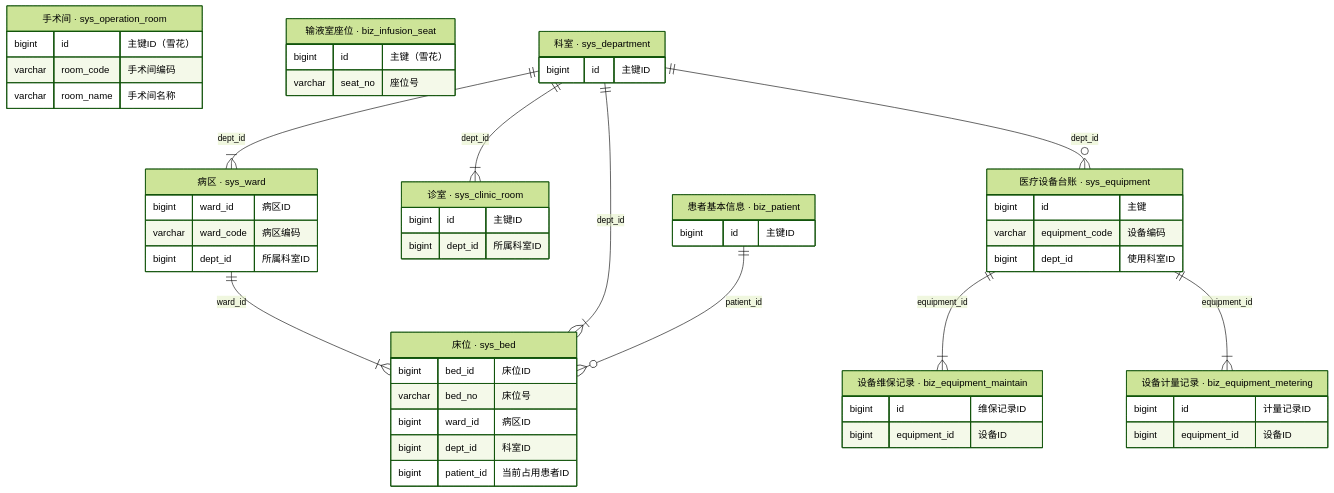
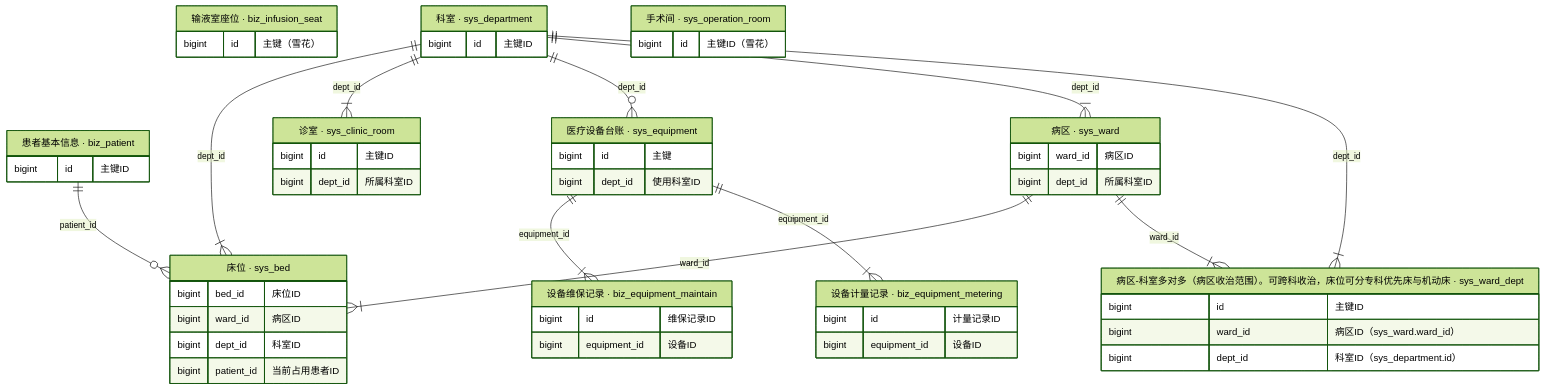
One commit to cslaochai/cslkhis changed the third of 24 diagrams in docs/10-ER关系图/er-by-domain.md. Above: the diagram before and after it, drawn with Mermaid (forest theme). The commit also changed other lines of this file and 185 other files, not shown here.

````diff
--- a/docs/10-ER关系图/er-by-domain.md
+++ b/docs/10-ER关系图/er-by-domain.md
@@ -163,55 +171,56 @@
 ```mermaid
 erDiagram
-  sys_ward["病区 · sys_ward"] {
-    bigint ward_id "病区ID"
-    varchar ward_code "病区编码"
-    bigint dept_id "所属科室ID"
-  }
-  sys_bed["床位 · sys_bed"] {
-    bigint bed_id "床位ID"
-    varchar bed_no "床位号"
-    bigint ward_id "病区ID"
-    bigint dept_id "科室ID"
-    bigint patient_id "当前占用患者ID"
-  }
-  sys_clinic_room["诊室 · sys_clinic_room"] {
-    bigint id "主键ID"
-    bigint dept_id "所属科室ID"
-  }
-  sys_operation_room["手术间 · sys_operation_room"] {
-    bigint id "主键ID（雪花）"
-    varchar room_code "手术间编码"
-    varchar room_name "手术间名称"
-  }
-  sys_equipment["医疗设备台账 · sys_equipment"] {
-    bigint id "主键"
-    varchar equipment_code "设备编码"
-    bigint dept_id "使用科室ID"
-  }
   biz_equipment_maintain["设备维保记录 · biz_equipment_maintain"] {
     bigint id "维保记录ID"
     bigint equipment_id "设备ID"
   }
   biz_equipment_metering["设备计量记录 · biz_equipment_metering"] {
     bigint id "计量记录ID"
     bigint equipment_id "设备ID"
   }
   biz_infusion_seat["输液室座位 · biz_infusion_seat"] {
     bigint id "主键（雪花）"
-    varchar seat_no "座位号"
   }
   biz_patient["患者基本信息 · biz_patient"] {
     bigint id "主键ID"
   }
+  sys_bed["床位 · sys_bed"] {
+    bigint bed_id "床位ID"
+    bigint ward_id "病区ID"
+    bigint dept_id "科室ID"
+    bigint patient_id "当前占用患者ID"
+  }
+  sys_clinic_room["诊室 · sys_clinic_room"] {
+    bigint id "主键ID"
+    bigint dept_id "所属科室ID"
+  }
   sys_department["科室 · sys_department"] {
     bigint id "主键ID"
   }
+  sys_equipment["医疗设备台账 · sys_equipment"] {
+    bigint id "主键"
+    bigint dept_id "使用科室ID"
+  }
+  sys_operation_room["手术间 · sys_operation_room"] {
+    bigint id "主键ID（雪花）"
+  }
+  sys_ward["病区 · sys_ward"] {
+    bigint ward_id "病区ID"
+    bigint dept_id "所属科室ID"
+  }
+  sys_ward_dept["病区-科室多对多（病区收治范围）。可跨科收治，床位可分专科优先床与机动床 · sys_ward_dept"] {
+    bigint id "主键ID"
+    bigint ward_id "病区ID（sys_ward.ward_id）"
+    bigint dept_id "科室ID（sys_department.id）"
+  }
   sys_equipment ||--|{ biz_equipment_maintain : "equipment_id"
   sys_equipment ||--|{ biz_equipment_metering : "equipment_id"
-  sys_ward ||--|{ sys_bed : "ward_id"
   sys_department ||--|{ sys_bed : "dept_id"
   biz_patient ||--o{ sys_bed : "patient_id"
+  sys_ward ||--|{ sys_bed : "ward_id"
   sys_department ||--|{ sys_clinic_room : "dept_id"
   sys_department ||--o{ sys_equipment : "dept_id"
   sys_department ||--|{ sys_ward : "dept_id"
+  sys_department ||--|{ sys_ward_dept : "dept_id"
+  sys_ward ||--|{ sys_ward_dept : "ward_id"
 ```
````
